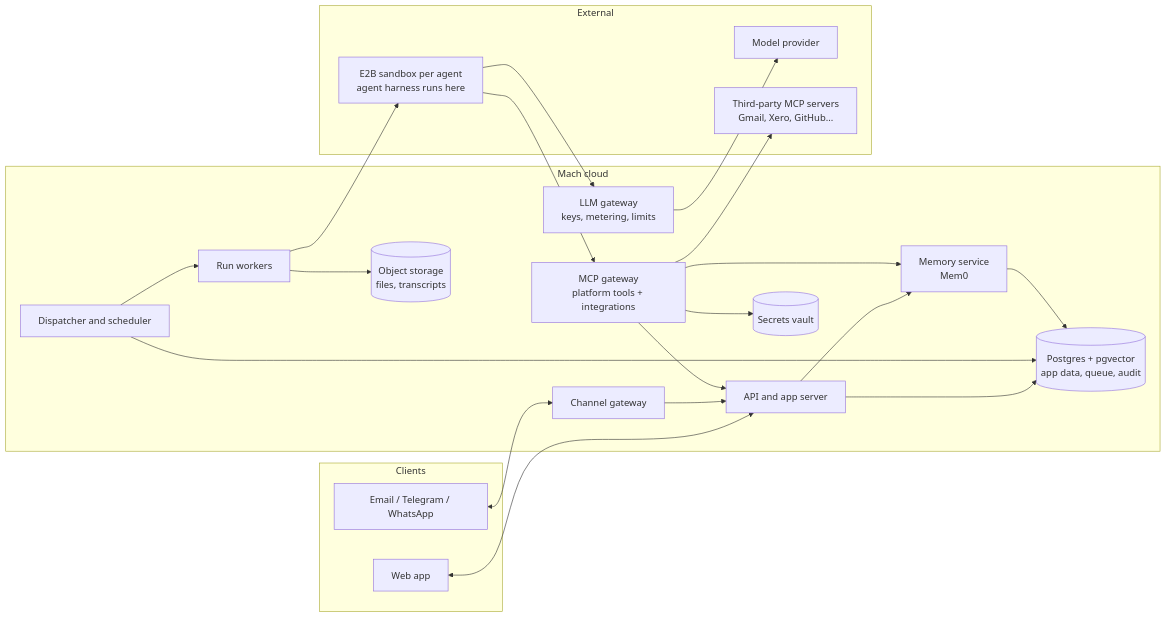
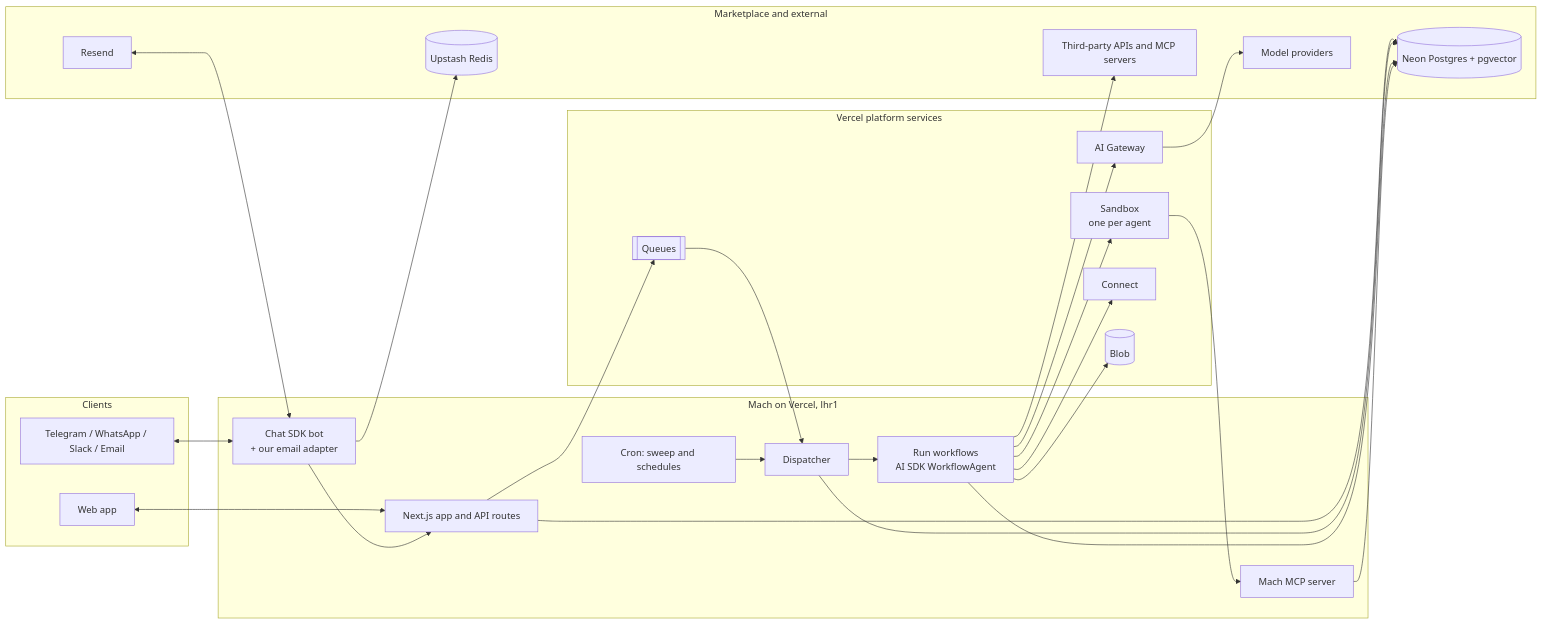
The second of 2 diagrams in docs/spec.md (asturkmani/mach), drawn with Mermaid before and after one commit. The commit also changed other lines of this file and 1 other file, not shown here.

First line of the commit message:
Move spec architecture to TypeScript on Vercel

````diff
--- a/docs/spec.md
+++ b/docs/spec.md
@@ -637,41 +668,49 @@
 ```mermaid
 flowchart LR
     subgraph Clients
         WEB[Web app]
-        CH[Email / Telegram / WhatsApp]
+        CH[Telegram / WhatsApp / Slack / Email]
     end
-    subgraph Mach["Mach cloud"]
-        API[API and app server]
-        CGW[Channel gateway]
-        DSP[Dispatcher and scheduler]
-        RW[Run workers]
-        MCPG[MCP gateway<br/>platform tools + integrations]
-        LLMG[LLM gateway<br/>keys, metering, limits]
-        MEM[Memory service<br/>Mem0]
-        DB[(Postgres + pgvector<br/>app data, queue, audit)]
-        OBJ[(Object storage<br/>files, transcripts)]
-        VAULT[(Secrets vault)]
+    subgraph App["Mach on Vercel, lhr1"]
+        NEXT[Next.js app and API routes]
+        CHAT[Chat SDK bot<br/>+ our email adapter]
+        DSP[Dispatcher]
+        CRON[Cron: sweep and schedules]
+        WF[Run workflows<br/>AI SDK WorkflowAgent]
+        MCPS[Mach MCP server]
     end
-    subgraph External
-        SBX[E2B sandbox per agent<br/>agent harness runs here]
-        LLM[Model provider]
-        EXT[Third-party MCP servers<br/>Gmail, Xero, GitHub...]
+    subgraph Vercel["Vercel platform services"]
+        Q[[Queues]]
+        GW[AI Gateway]
+        SBX[Sandbox<br/>one per agent]
+        CONN[Connect]
+        BLOB[(Blob)]
     end
-    WEB <--> API
-    CH <--> CGW
-    CGW --> API
-    API --> DB
-    API --> MEM
+    subgraph Ext["Marketplace and external"]
+        DB[(Neon Postgres + pgvector)]
+        REDIS[(Upstash Redis)]
+        RESEND[Resend]
+        LLM[Model providers]
+        API3[Third-party APIs and MCP servers]
+    end
+    WEB <--> NEXT
+    CH <--> CHAT
+    RESEND <--> CHAT
+    CHAT --> NEXT
+    CHAT --> REDIS
+    NEXT --> DB
+    NEXT --> Q
+    Q --> DSP
+    CRON --> DSP
     DSP --> DB
-    DSP --> RW
-    RW --> SBX
-    RW --> OBJ
-    SBX --> LLMG
-    LLMG --> LLM
-    SBX --> MCPG
-    MCPG --> API
-    MCPG --> MEM
-    MCPG --> VAULT
-    MCPG --> EXT
-    MEM --> DB
+    DSP --> WF
+    WF --> DB
+    WF --> GW
+    GW --> LLM
+    WF --> SBX
+    WF --> CONN
+    WF --> API3
+    WF --> BLOB
+    SBX --> MCPS
+    MCPS --> DB
 ```
````
